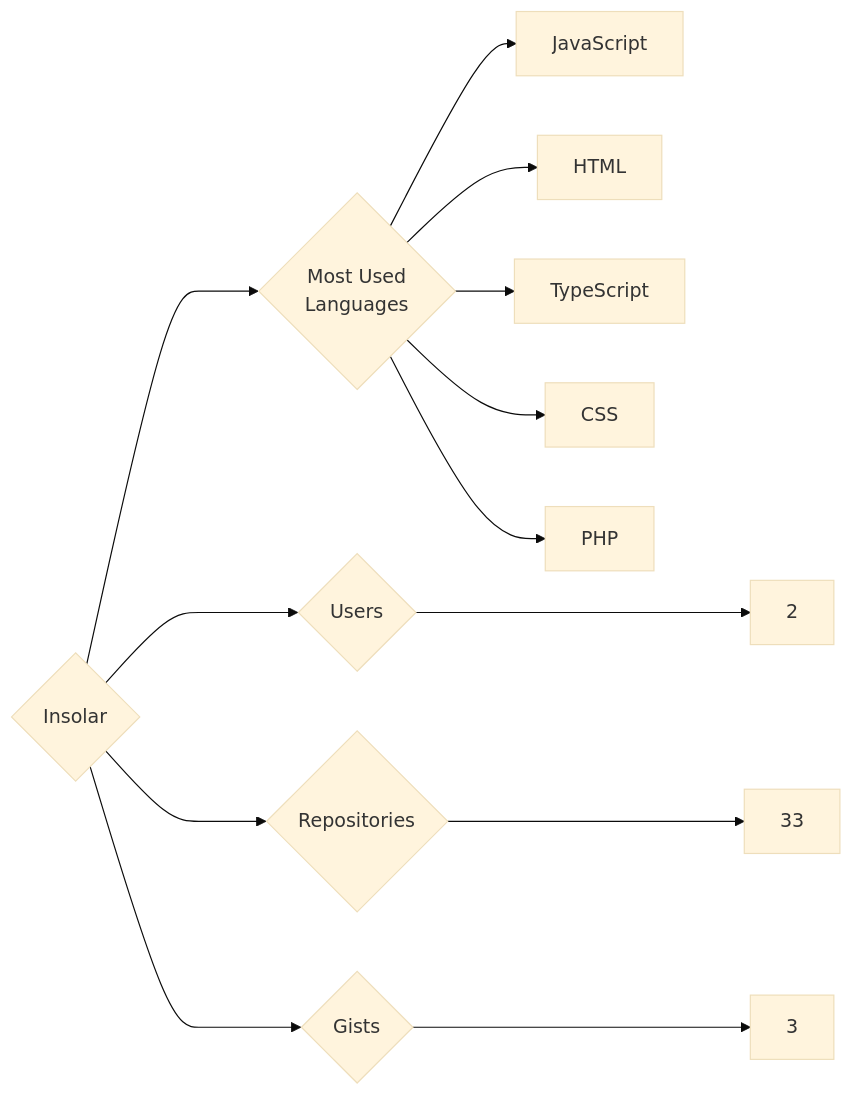
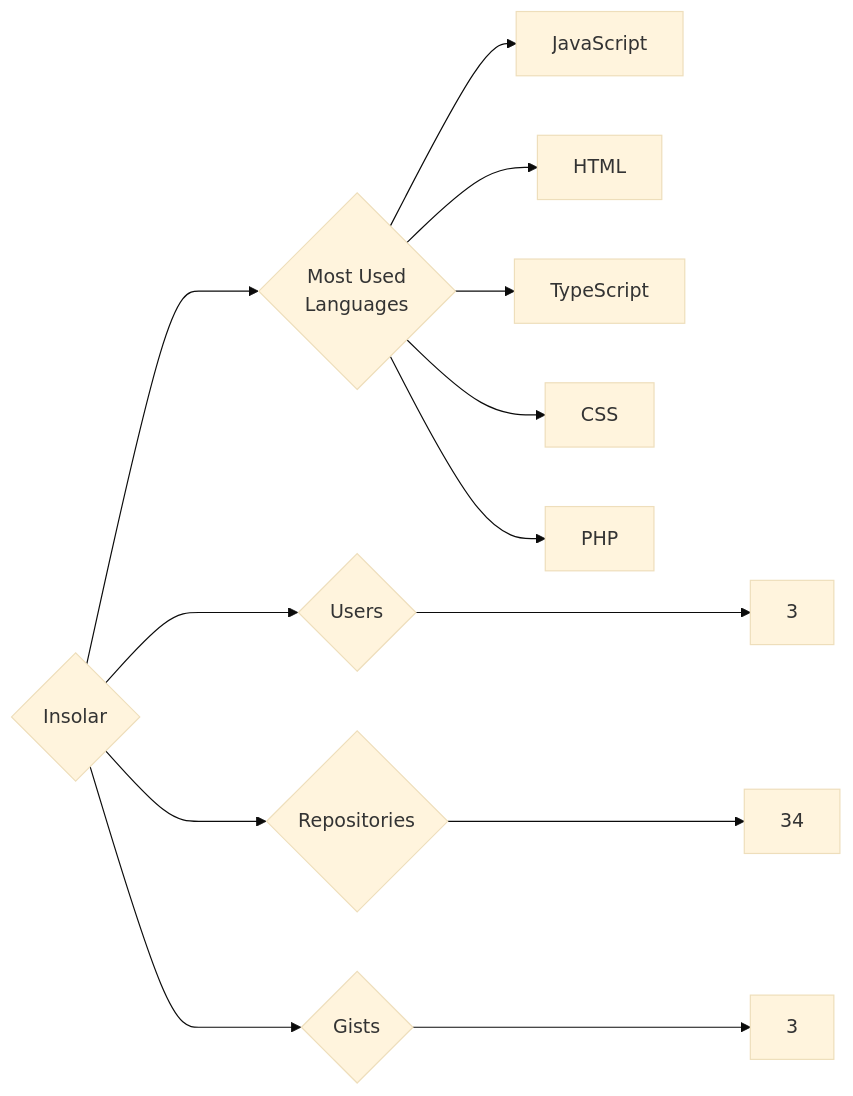
One commit to trickest/insiders changed the diagram in targets/Insolar/README.md. Above: the diagram before and after it, drawn with Mermaid (base theme). The commit also changed 870 other files, not shown here.

````diff
--- a/targets/Insolar/README.md
+++ b/targets/Insolar/README.md
@@ -3,13 +3,13 @@
 ```mermaid
 graph LR
 COMPANY_NAME{Insolar}
-COMPANY_NAME ---> U{Users} ---> UN[2]
-COMPANY_NAME ---> R{Repositories} ---> RN[33]
+COMPANY_NAME ---> U{Users} ---> UN[3]
+COMPANY_NAME ---> R{Repositories} ---> RN[34]
 COMPANY_NAME ---> G{Gists} ---> GN[3]
 COMPANY_NAME ---> ML{Most Used<br>Languages}
 ML --> JavaScript[JavaScript]
 ML --> HTML[HTML]
 ML --> TypeScript[TypeScript]
 ML --> CSS[CSS]
 ML --> PHP[PHP]
 ```
````
